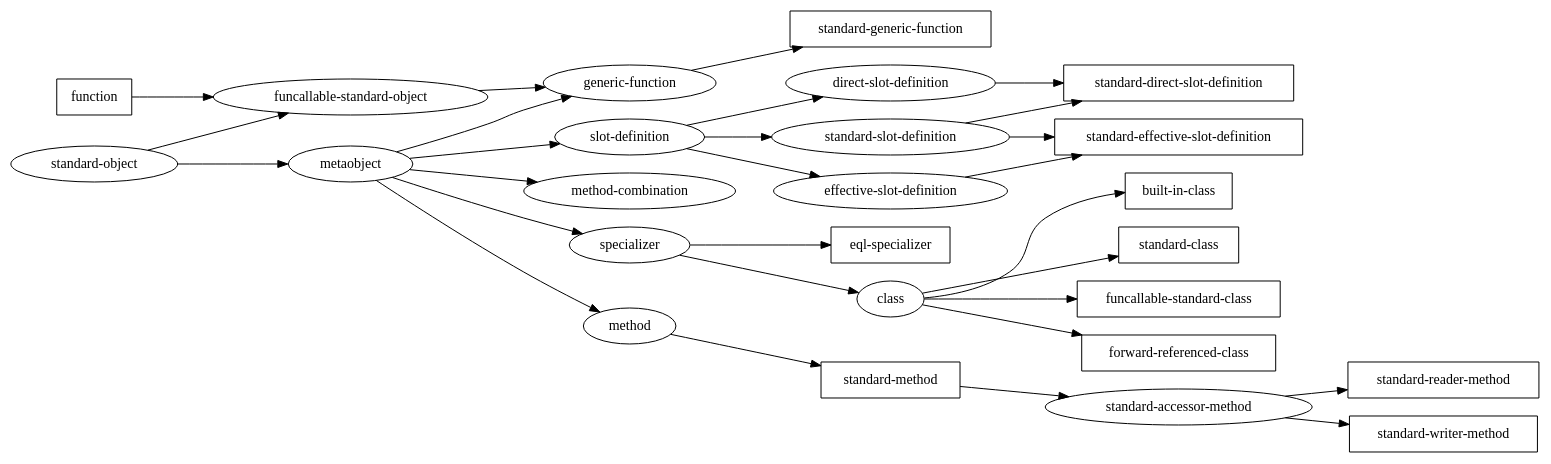
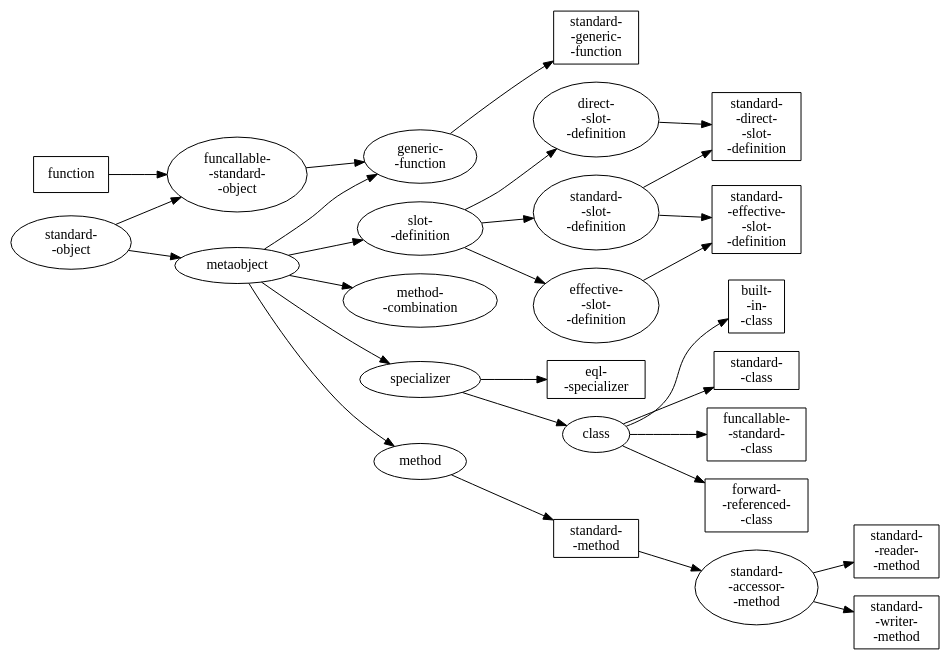
One commit to rurban/clisp changed the diagram in doc/mop-classes.dot. Above: the diagram before and after it, drawn with Graphviz.

Commit message:
break lines

```diff
--- a/doc/mop-classes.dot
+++ b/doc/mop-classes.dot
@@ -1,47 +1,47 @@
 strict digraph all {
   rankdir=LR;
 
-  so [label="standard-object"];
+  so [label="standard-\n-object"];
 
-  es [label="eql-specializer", shape="box"];
+  es [label="eql-\n-specializer", shape="box"];
 
-  bic [label="built-in-class", shape="box"];
-  sc [label="standard-class", shape="box"];
-  fsc [label="funcallable-standard-class", shape="box"];
-  frc [label="forward-referenced-class", shape="box"];
+  bic [label="built-\n-in-\n-class", shape="box"];
+  sc [label="standard-\n-class", shape="box"];
+  fsc [label="funcallable-\n-standard-\n-class", shape="box"];
+  frc [label="forward-\n-referenced-\n-class", shape="box"];
 
-  sd [label="slot-definition"];
-  ssd [label="standard-slot-definition"];
-  dsd [label="direct-slot-definition"];
-  sdsd [label="standard-direct-slot-definition", shape="box"];
-  esd [label="effective-slot-definition"];
-  sesd [label="standard-effective-slot-definition", shape="box"];
+  sd [label="slot-\n-definition"];
+  ssd [label="standard-\n-slot-\n-definition"];
+  dsd [label="direct-\n-slot-\n-definition"];
+  sdsd [label="standard-\n-direct-\n-slot-\n-definition", shape="box"];
+  esd [label="effective-\n-slot-\n-definition"];
+  sesd [label="standard-\n-effective-\n-slot-\n-definition", shape="box"];
 
-  mc [label="method-combination"];
+  mc [label="method-\n-combination"];
 
-  sm [label="standard-method", shape="box"];
-  sam [label="standard-accessor-method"];
-  srm [label="standard-reader-method", shape="box"];
-  swm [label="standard-writer-method", shape="box"];
+  sm [label="standard-\n-method", shape="box"];
+  sam [label="standard-\n-accessor-\n-method"];
+  srm [label="standard-\n-reader-\n-method", shape="box"];
+  swm [label="standard-\n-writer-\n-method", shape="box"];
 
-  fso [label="funcallable-standard-object"];
-  gf [label="generic-function"];
-  sgf [label="standard-generic-function", shape="box"];
+  fso [label="funcallable-\n-standard-\n-object"];
+  gf [label="generic-\n-function"];
+  sgf [label="standard-\n-generic-\n-function", shape="box"];
 
   so -> metaobject -> specializer -> class -> bic;
     class -> sc; class -> fsc; class -> frc;
     specializer -> es;
 
   metaobject -> sd -> ssd;
     sd -> dsd -> sdsd; sd -> esd -> sesd;
     ssd -> sdsd; ssd -> sesd;
 
   metaobject -> mc
 
   metaobject -> method -> sm -> sam -> srm; sam -> swm;
 
   function [shape="box"];
   function -> fso;
     metaobject -> gf;
     so -> fso -> gf -> sgf;
 }
```
